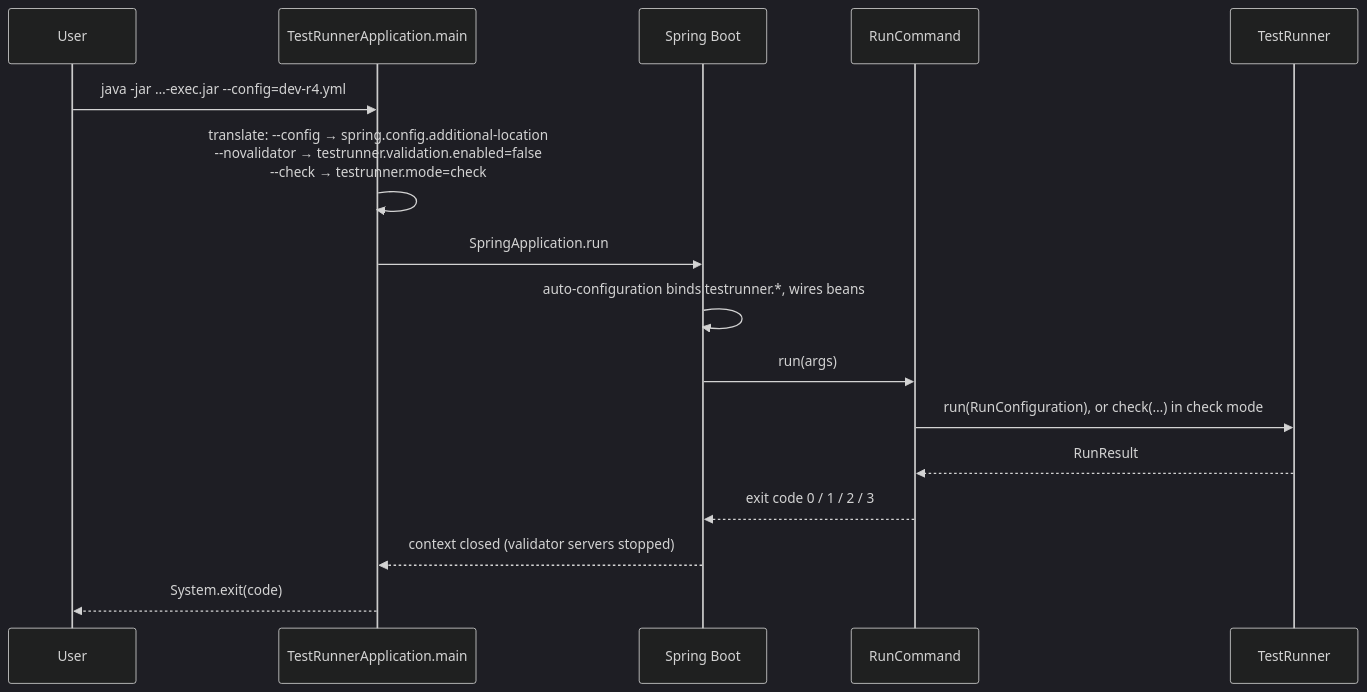
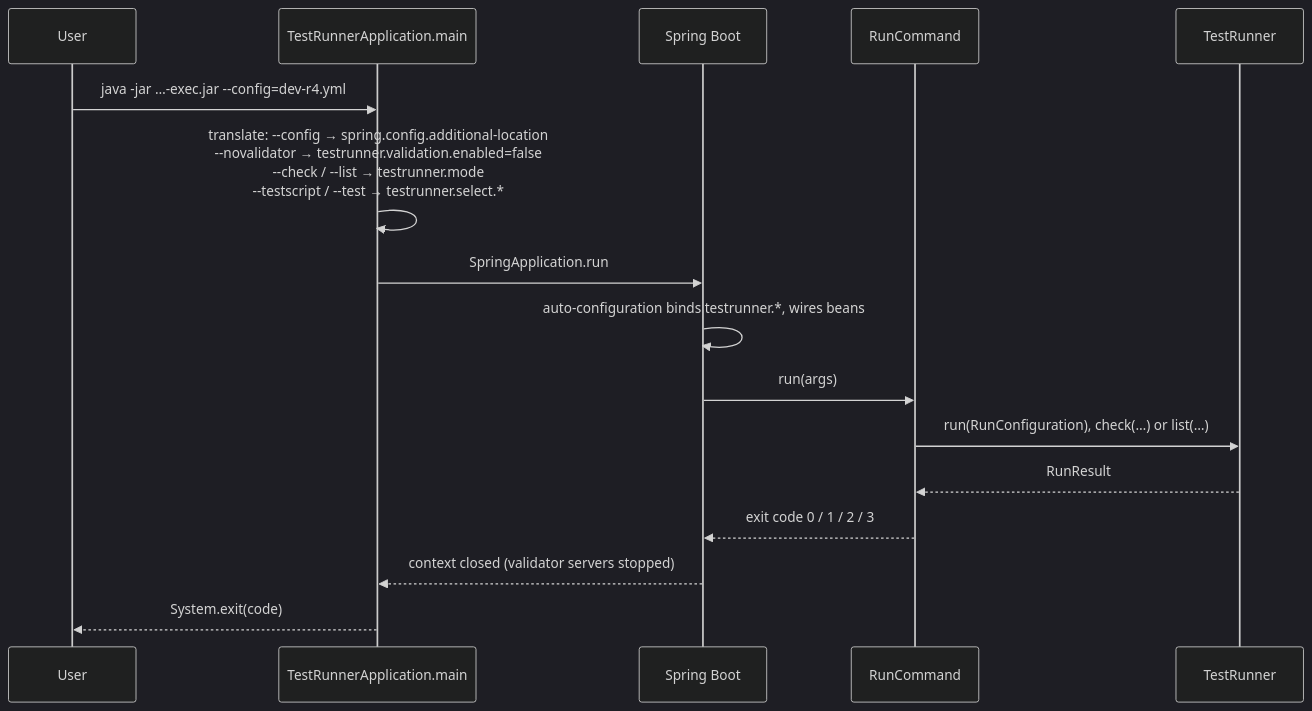
The diagram in docs/wiki/modules/testrunner-app.md (mratzenb/FHIR-TestRunner), drawn with Mermaid (dark theme) before and after one commit. The commit also changed other lines of this file and 37 other files, not shown here.

First line of the commit message:
Select which TestScripts and tests run, and list them before

````diff
--- a/docs/wiki/modules/testrunner-app.md
+++ b/docs/wiki/modules/testrunner-app.md
@@ -20,18 +20,18 @@
 ```mermaid
 sequenceDiagram
     participant U as User
     participant M as TestRunnerApplication.main
     participant S as Spring Boot
     participant R as RunCommand
     participant T as TestRunner
     U->>M: java -jar …-exec.jar --config=dev-r4.yml
-    M->>M: translate: --config → spring.config.additional-location<br/>--novalidator → testrunner.validation.enabled=false<br/>--check → testrunner.mode=check
+    M->>M: translate: --config → spring.config.additional-location<br/>--novalidator → testrunner.validation.enabled=false<br/>--check / --list → testrunner.mode<br/>--testscript / --test → testrunner.select.*
     M->>S: SpringApplication.run
     S->>S: auto-configuration binds testrunner.*, wires beans
     S->>R: run(args)
-    R->>T: run(RunConfiguration), or check(…) in check mode
+    R->>T: run(RunConfiguration), check(…) or list(…)
     T-->>R: RunResult
     R-->>S: exit code 0 / 1 / 2 / 3
     S-->>M: context closed (validator servers stopped)
     M-->>U: System.exit(code)
 ```
````
